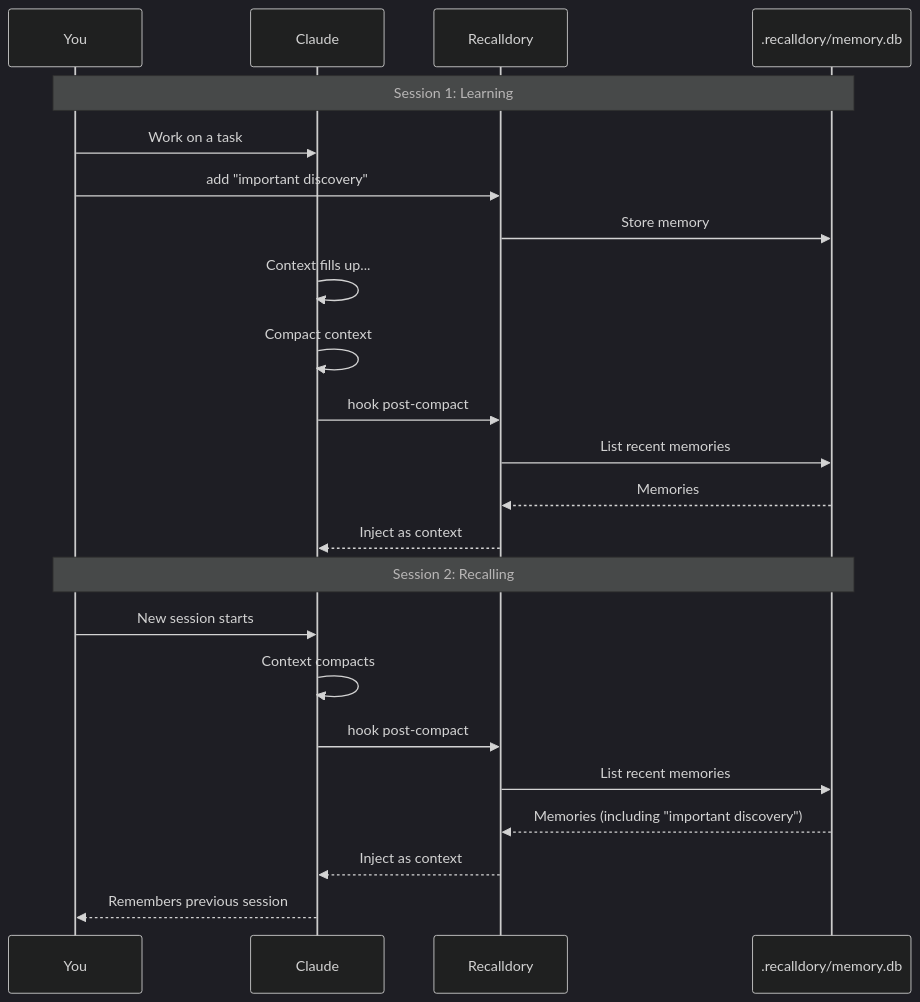
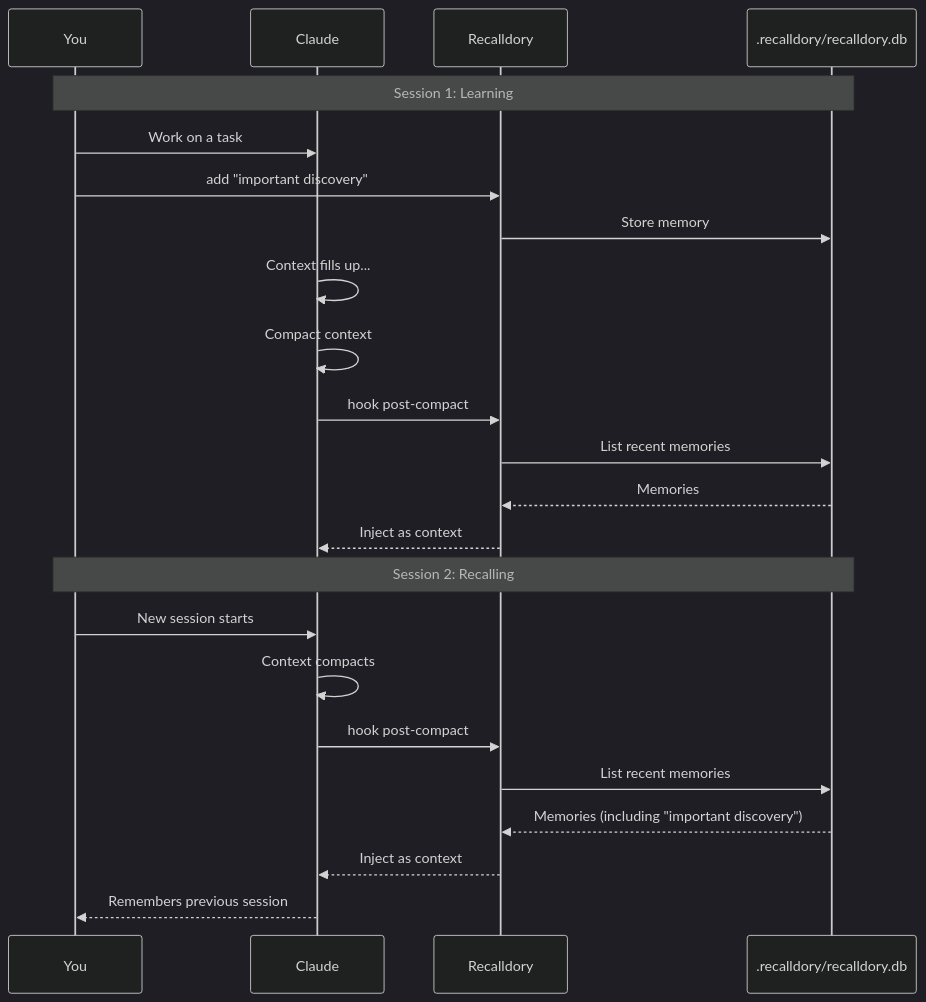
The diagram in README.md (jhult/recalldory), drawn with Mermaid (dark theme) before and after one commit. The commit also changed other lines of this file and 1 other file, not shown here.

First line of the commit message:
docs: update for dual-database design and recalldory.db naming

````diff
--- a/README.md
+++ b/README.md
@@ -15,27 +15,27 @@
 ```mermaid
 sequenceDiagram
     participant You
     participant Claude
     participant Recalldory
-    participant DB as .recalldory/memory.db
+    participant DB as .recalldory/recalldory.db
 
     Note over You,DB: Session 1: Learning
     You->>Claude: Work on a task
     You->>Recalldory: add "important discovery"
     Recalldory->>DB: Store memory
     Claude->>Claude: Context fills up...
     Claude->>Claude: Compact context
     Claude->>Recalldory: hook post-compact
     Recalldory->>DB: List recent memories
     DB-->>Recalldory: Memories
     Recalldory-->>Claude: Inject as context
 
     Note over You,DB: Session 2: Recalling
     You->>Claude: New session starts
     Claude->>Claude: Context compacts
     Claude->>Recalldory: hook post-compact
     Recalldory->>DB: List recent memories
     DB-->>Recalldory: Memories (including "important discovery")
     Recalldory-->>Claude: Inject as context
     Claude-->>You: Remembers previous session
 ```
````
